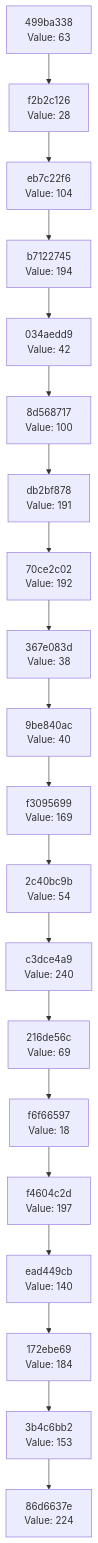
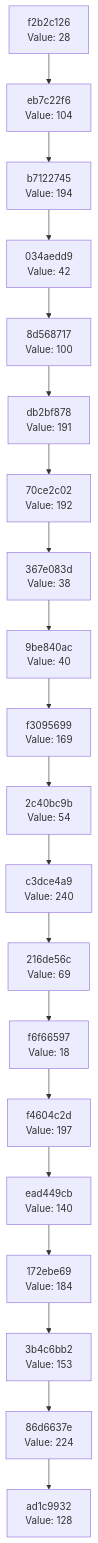
One commit to Abhisheksinha1506/hash-chain-evolver changed the diagram in docs/CHAIN_VISUALIZATION.md. Above: the diagram before and after it, drawn with Mermaid. The commit also changed 3 other files, not shown here.

````diff
--- a/docs/CHAIN_VISUALIZATION.md
+++ b/docs/CHAIN_VISUALIZATION.md
@@ -3,42 +3,42 @@
 ```mermaid
 graph TD
-    C0["86d6637e<br/>Value: 224"]
-    C1["3b4c6bb2<br/>Value: 153"]
+    C0["ad1c9932<br/>Value: 128"]
+    C1["86d6637e<br/>Value: 224"]
     C1 --> C0
-    C2["172ebe69<br/>Value: 184"]
+    C2["3b4c6bb2<br/>Value: 153"]
     C2 --> C1
-    C3["ead449cb<br/>Value: 140"]
+    C3["172ebe69<br/>Value: 184"]
     C3 --> C2
-    C4["f4604c2d<br/>Value: 197"]
+    C4["ead449cb<br/>Value: 140"]
     C4 --> C3
-    C5["f6f66597<br/>Value: 18"]
+    C5["f4604c2d<br/>Value: 197"]
     C5 --> C4
-    C6["216de56c<br/>Value: 69"]
+    C6["f6f66597<br/>Value: 18"]
     C6 --> C5
-    C7["c3dce4a9<br/>Value: 240"]
+    C7["216de56c<br/>Value: 69"]
     C7 --> C6
-    C8["2c40bc9b<br/>Value: 54"]
+    C8["c3dce4a9<br/>Value: 240"]
     C8 --> C7
-    C9["f3095699<br/>Value: 169"]
+    C9["2c40bc9b<br/>Value: 54"]
     C9 --> C8
-    C10["9be840ac<br/>Value: 40"]
+    C10["f3095699<br/>Value: 169"]
     C10 --> C9
-    C11["367e083d<br/>Value: 38"]
+    C11["9be840ac<br/>Value: 40"]
     C11 --> C10
-    C12["70ce2c02<br/>Value: 192"]
+    C12["367e083d<br/>Value: 38"]
     C12 --> C11
-    C13["db2bf878<br/>Value: 191"]
+    C13["70ce2c02<br/>Value: 192"]
     C13 --> C12
-    C14["8d568717<br/>Value: 100"]
+    C14["db2bf878<br/>Value: 191"]
     C14 --> C13
-    C15["034aedd9<br/>Value: 42"]
+    C15["8d568717<br/>Value: 100"]
     C15 --> C14
-    C16["b7122745<br/>Value: 194"]
+    C16["034aedd9<br/>Value: 42"]
     C16 --> C15
-    C17["eb7c22f6<br/>Value: 104"]
+    C17["b7122745<br/>Value: 194"]
     C17 --> C16
-    C18["f2b2c126<br/>Value: 28"]
+    C18["eb7c22f6<br/>Value: 104"]
     C18 --> C17
-    C19["499ba338<br/>Value: 63"]
+    C19["f2b2c126<br/>Value: 28"]
     C19 --> C18
 ```
````
